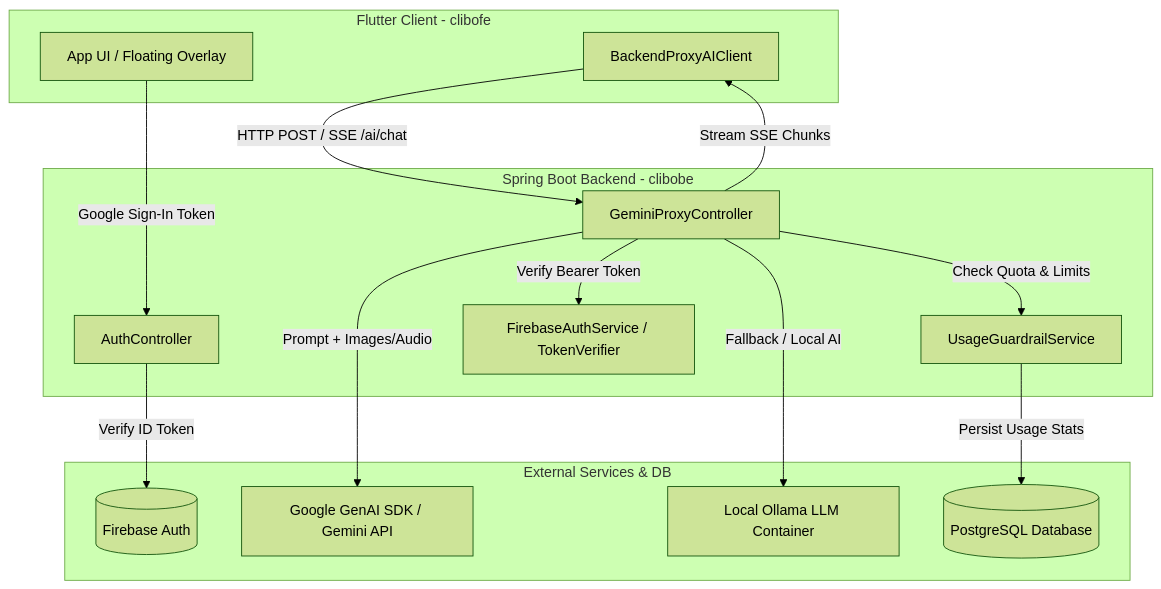
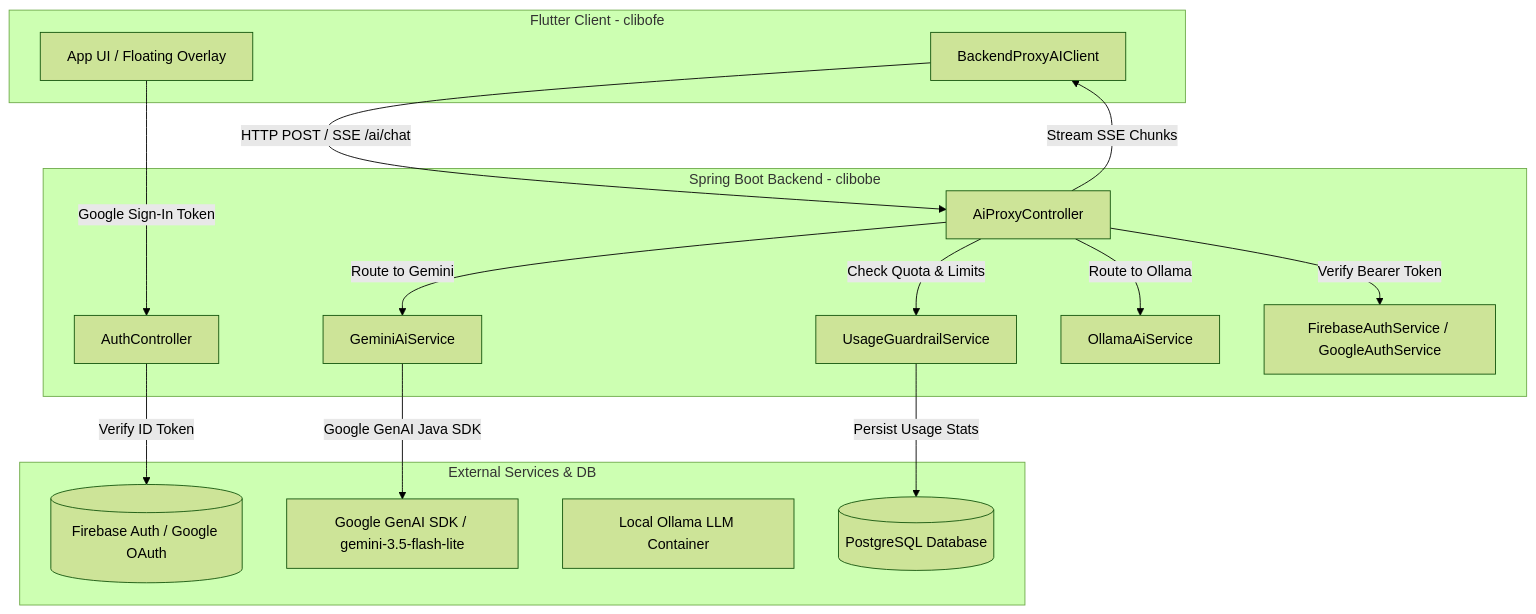
The first of 2 diagrams in docs/backend/architecture.md (reitzClay/Clibo), drawn with Mermaid (forest theme) before and after one commit. The commit also changed other lines of this file, not shown here.

First line of the commit message:
feat: Streamline login flow, redesign Config Tab, and integrate Google Gemini Cloud AI

````diff
--- a/docs/backend/architecture.md
+++ b/docs/backend/architecture.md
@@ -11,34 +11,37 @@
 ```mermaid
 graph TD
     subgraph Frontend [Flutter Client - clibofe]
         UI[App UI / Floating Overlay]
         Client[BackendProxyAIClient]
     end
 
     subgraph Backend [Spring Boot Backend - clibobe]
         AuthController[AuthController]
-        ProxyController[GeminiProxyController]
+        ProxyController[AiProxyController]
         Guardrail[UsageGuardrailService]
-        FirebaseAuth[FirebaseAuthService / TokenVerifier]
+        GeminiService[GeminiAiService]
+        OllamaService[OllamaAiService]
+        FirebaseAuth[FirebaseAuthService / GoogleAuthService]
     end
 
     subgraph External [External Services & DB]
-        Firebase[(Firebase Auth)]
-        Gemini[Google GenAI SDK / Gemini API]
+        Firebase[(Firebase Auth / Google OAuth)]
+        Gemini[Google GenAI SDK / gemini-3.5-flash-lite]
         Ollama[Local Ollama LLM Container]
         Postgres[(PostgreSQL Database)]
     end
 
     UI -->|Google Sign-In Token| AuthController
     AuthController -->|Verify ID Token| Firebase
     
     Client -->|HTTP POST / SSE /ai/chat| ProxyController
     ProxyController -->|Verify Bearer Token| FirebaseAuth
     ProxyController -->|Check Quota & Limits| Guardrail
     Guardrail -->|Persist Usage Stats| Postgres
     
-    ProxyController -->|Prompt + Images/Audio| Gemini
-    ProxyController -->|Fallback / Local AI| Ollama
+    ProxyController -->|Route to Gemini| GeminiService
+    ProxyController -->|Route to Ollama| OllamaService
+    GeminiService -->|Google GenAI Java SDK| Gemini
     
     ProxyController -->|Stream SSE Chunks| Client
 ```
````
